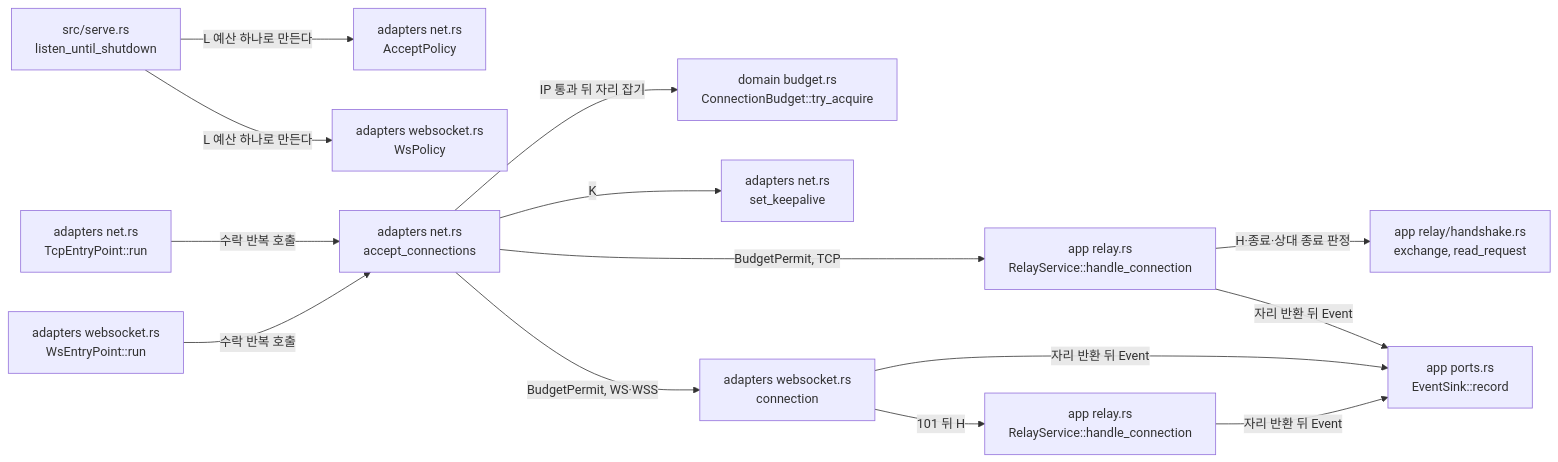
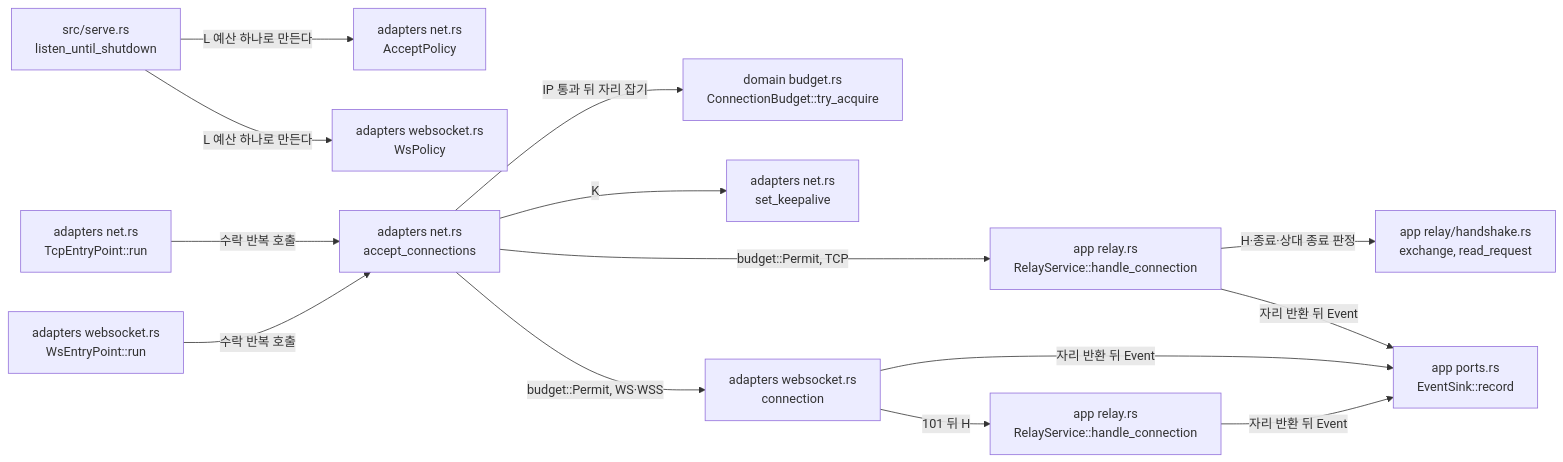
One commit to kayden-kim/vnc-relay changed the diagram in docs/architectures/connection-limits.md. Above: the diagram before and after it, drawn with Mermaid. The commit also changed other lines of this file and 203 other files, not shown here.

````diff
--- a/docs/architectures/connection-limits.md
+++ b/docs/architectures/connection-limits.md
@@ -48,16 +48,16 @@
 ```mermaid
 flowchart LR
     SERVE["src/serve.rs<br/>listen_until_shutdown"] -->|"L 예산 하나로 만든다"| POLICY["adapters net.rs<br/>AcceptPolicy"]
     SERVE -->|"L 예산 하나로 만든다"| WSPOL["adapters websocket.rs<br/>WsPolicy"]
     EP["adapters net.rs<br/>TcpEntryPoint::run"] -->|"수락 반복 호출"| ACC["adapters net.rs<br/>accept_connections"]
     WSEP["adapters websocket.rs<br/>WsEntryPoint::run"] -->|"수락 반복 호출"| ACC
     ACC -->|"IP 통과 뒤 자리 잡기"| BUDGET["domain budget.rs<br/>ConnectionBudget::try_acquire"]
     ACC -->|"K"| KA["adapters net.rs<br/>set_keepalive"]
-    ACC -->|"BudgetPermit, TCP"| TCPH["app relay.rs<br/>RelayService::handle_connection"]
-    ACC -->|"BudgetPermit, WS·WSS"| UPG["adapters websocket.rs<br/>connection"]
+    ACC -->|"budget::Permit, TCP"| TCPH["app relay.rs<br/>RelayService::handle_connection"]
+    ACC -->|"budget::Permit, WS·WSS"| UPG["adapters websocket.rs<br/>connection"]
     TCPH -->|"H·종료·상대 종료 판정"| EXCH["app relay/handshake.rs<br/>exchange, read_request"]
     UPG -->|"101 뒤 H"| HUP["app relay.rs<br/>RelayService::handle_connection"]
     TCPH -->|"자리 반환 뒤 Event"| SINK["app ports.rs<br/>EventSink::record"]
     UPG -->|"자리 반환 뒤 Event"| SINK
     HUP -->|"자리 반환 뒤 Event"| SINK
 ```
````
